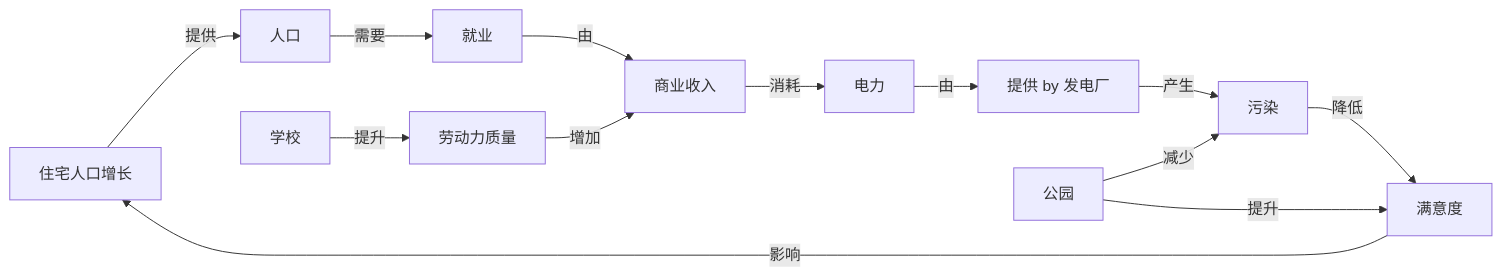
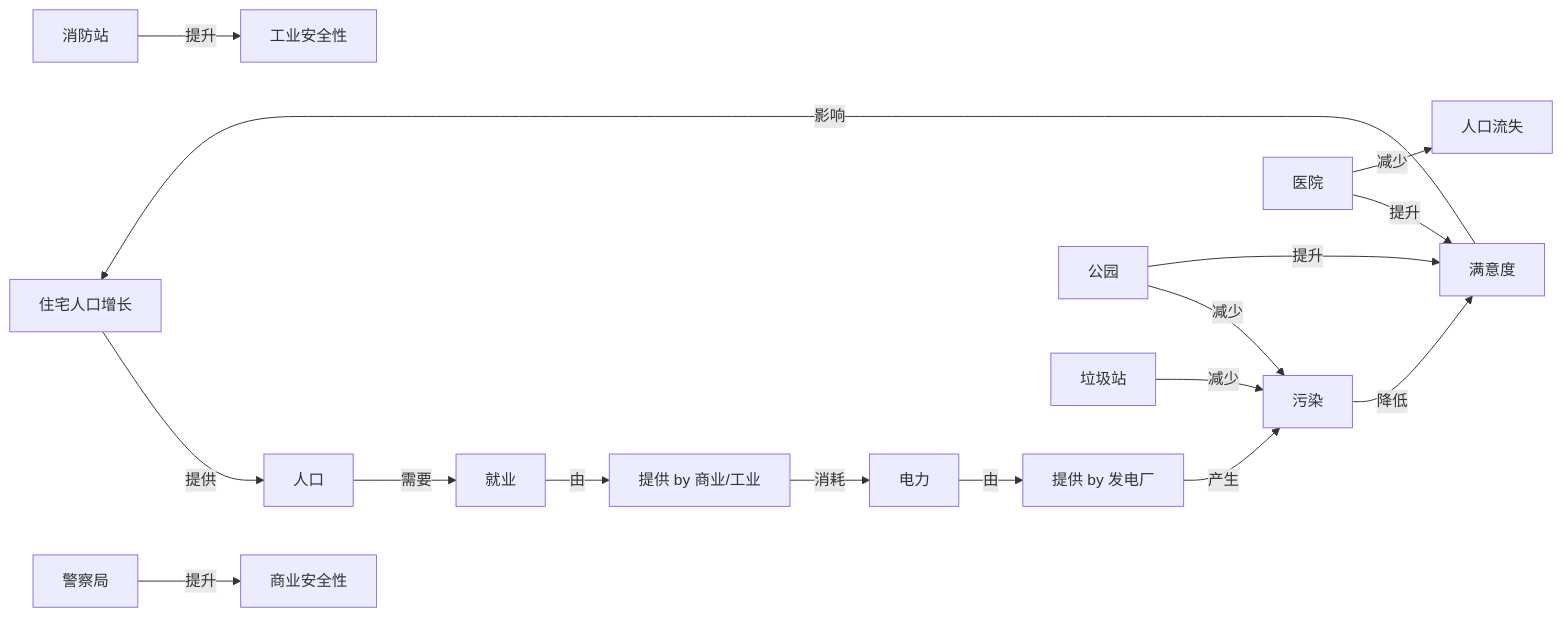
One commit to Mu-L/CubeCity changed diagram 11 of 12 in docs/TD.md. Above: the diagram before and after it, drawn with Mermaid. The commit also changed other lines of this file and 10 other files, not shown here.

````diff
--- a/docs/TD.md
+++ b/docs/TD.md
@@ -870,17 +858,21 @@
 ```mermaid
 graph LR
     A[住宅] -->|提供| B[人口]
     B -->|需要| C[就业]
     C -->|由| D[提供 by 商业/工业]
     D -->|消耗| E[电力]
     E -->|由| F[提供 by 发电厂]
     F -->|产生| G[污染]
     G -->|降低| H[满意度]
     H -->|影响| A[住宅人口增长]
 
     I[公园] -->|减少| G[污染]
     I -->|提升| H[满意度]
 
-    J[学校] -->|提升| K[劳动力质量]
-    K -->|增加| D[商业收入]
+    J[医院] -->|提升| H[满意度]
+    J -->|减少| K[人口流失]
+
+    L[消防站] -->|提升| M[工业安全性]
+    N[警察局] -->|提升| O[商业安全性]
+    P[垃圾站] -->|减少| G[污染]
 ```
````
